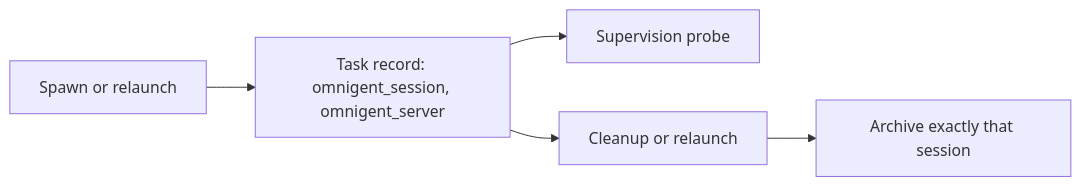
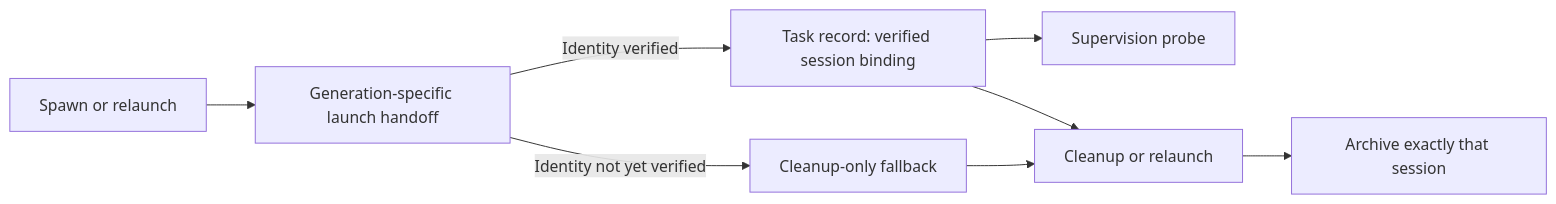
The second of 4 diagrams in docs/omnigent.md (davidtandoh/firstmate), drawn with Mermaid before and after one commit. The commit also changed other lines of this file and 1 other file, not shown here.

Commit message:
no-mistakes(document): Clarify Omnigent fallback handoff and retirement documentation

````diff
--- a/docs/omnigent.md
+++ b/docs/omnigent.md
@@ -64,7 +64,10 @@
 ```mermaid
 flowchart LR
-    launch[Spawn or relaunch] --> record[Task record: omnigent_session, omnigent_server]
+    launch[Spawn or relaunch] --> handoff[Generation-specific launch handoff]
+    handoff -->|Identity verified| record[Task record: verified session binding]
+    handoff -->|Identity not yet verified| fallback[Cleanup-only fallback]
     record --> watch[Supervision probe]
     record --> retire[Cleanup or relaunch]
+    fallback --> retire
     retire --> archive[Archive exactly that session]
 ```
````
